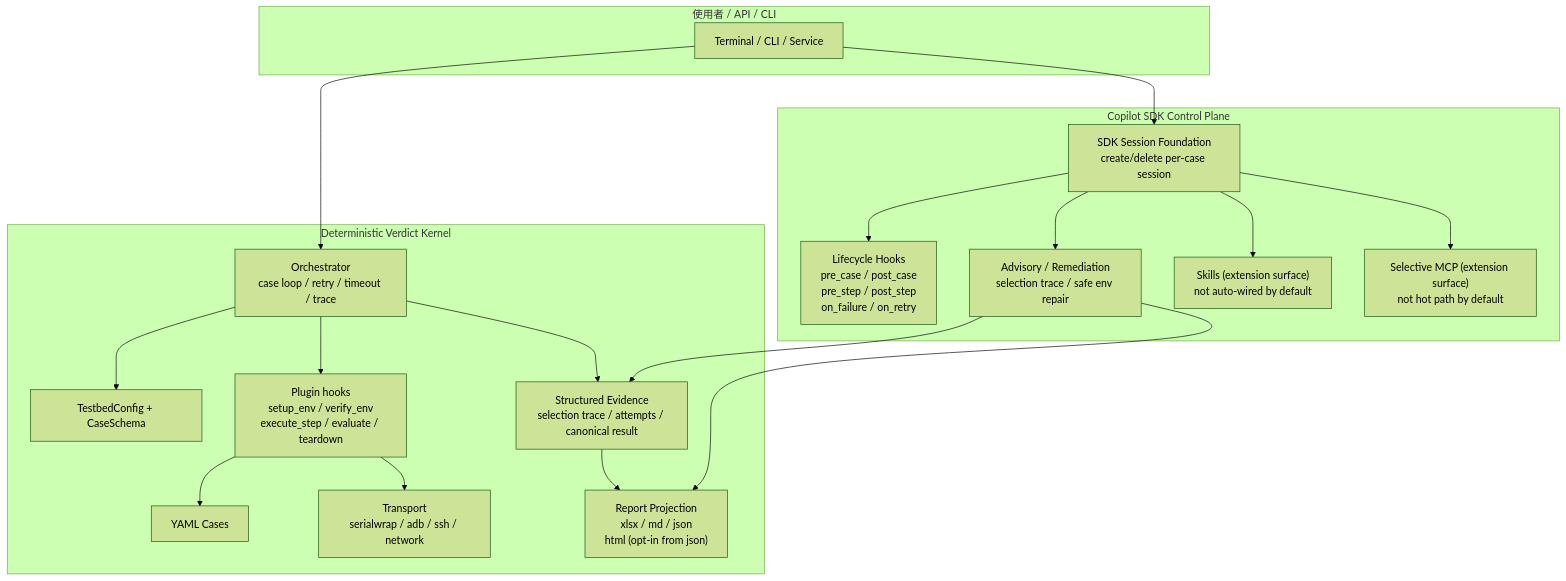
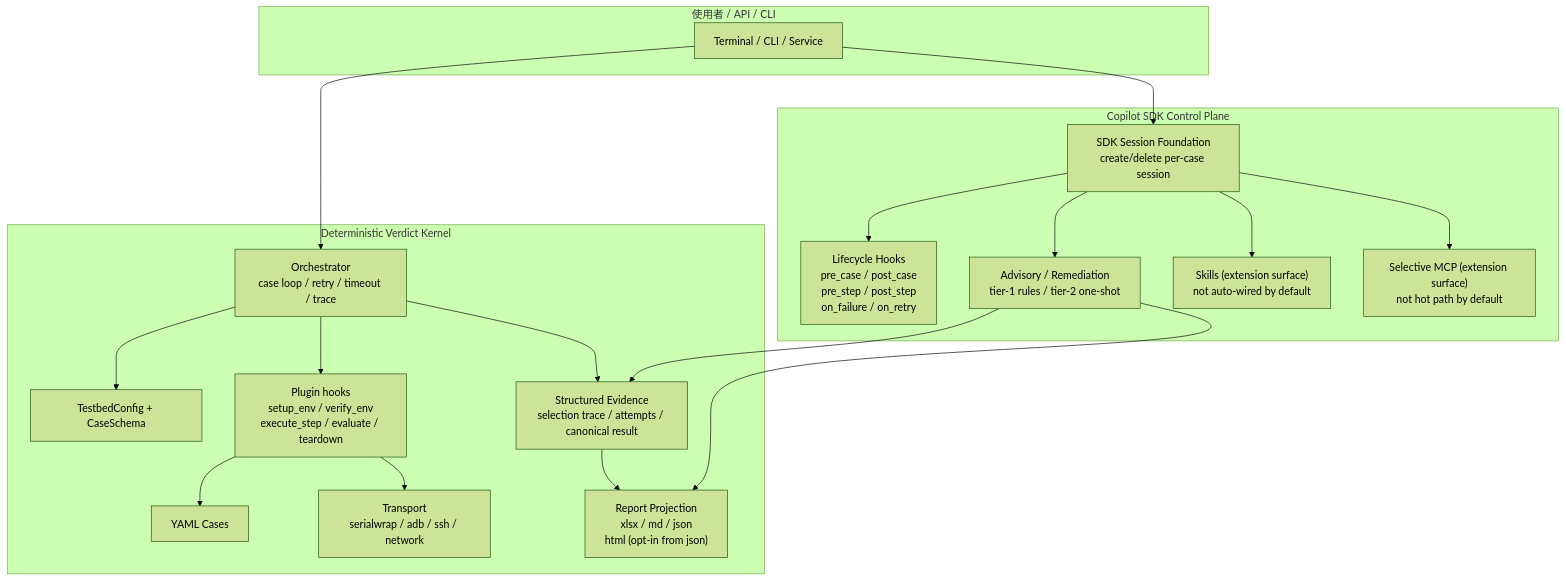
The first of 2 diagrams in docs/spec.md (hamanpaul/testpilot-core), drawn with Mermaid (forest theme) before and after one commit. The commit also changed other lines of this file and 80 other files, not shown here.

First line of the commit message:
feat(agent): Azure-only agent runtime、tier-2 env recovery 與 core 成本報表 (#23)

````diff
--- a/docs/spec.md
+++ b/docs/spec.md
@@ -39,42 +58,42 @@
 ```mermaid
 graph TB
     subgraph User["使用者 / API / CLI"]
         ui["Terminal / CLI / Service"]
     end
 
     subgraph CP["Copilot SDK Control Plane"]
         sdk["SDK Session Foundation\ncreate/delete per-case session"]
         hooks["Lifecycle Hooks\npre_case / post_case\npre_step / post_step\non_failure / on_retry"]
-        agents["Advisory / Remediation\nselection trace / safe env repair"]
+        agents["Advisory / Remediation\ntier-1 rules / tier-2 one-shot"]
         skills["Skills (extension surface)\nnot auto-wired by default"]
         mcp["Selective MCP (extension surface)\nnot hot path by default"]
     end
 
     subgraph Kernel["Deterministic Verdict Kernel"]
         orch["Orchestrator\ncase loop / retry / timeout / trace"]
         cfg["TestbedConfig + CaseSchema"]
         plugin["Plugin hooks\nsetup_env / verify_env\nexecute_step / evaluate / teardown"]
         yaml["YAML Cases"]
         transport["Transport\nserialwrap / adb / ssh / network"]
         evidence["Structured Evidence\nselection trace / attempts / canonical result"]
         report["Report Projection\nxlsx / md / json\nhtml (opt-in from json)"]
     end
 
     ui --> sdk
     ui --> orch
 
     sdk --> hooks
     sdk --> agents
     sdk --> skills
     sdk --> mcp
 
     orch --> cfg
     orch --> plugin
     plugin --> yaml
     plugin --> transport
     orch --> evidence
     evidence --> report
 
     agents --> evidence
     agents --> report
 ```
````
